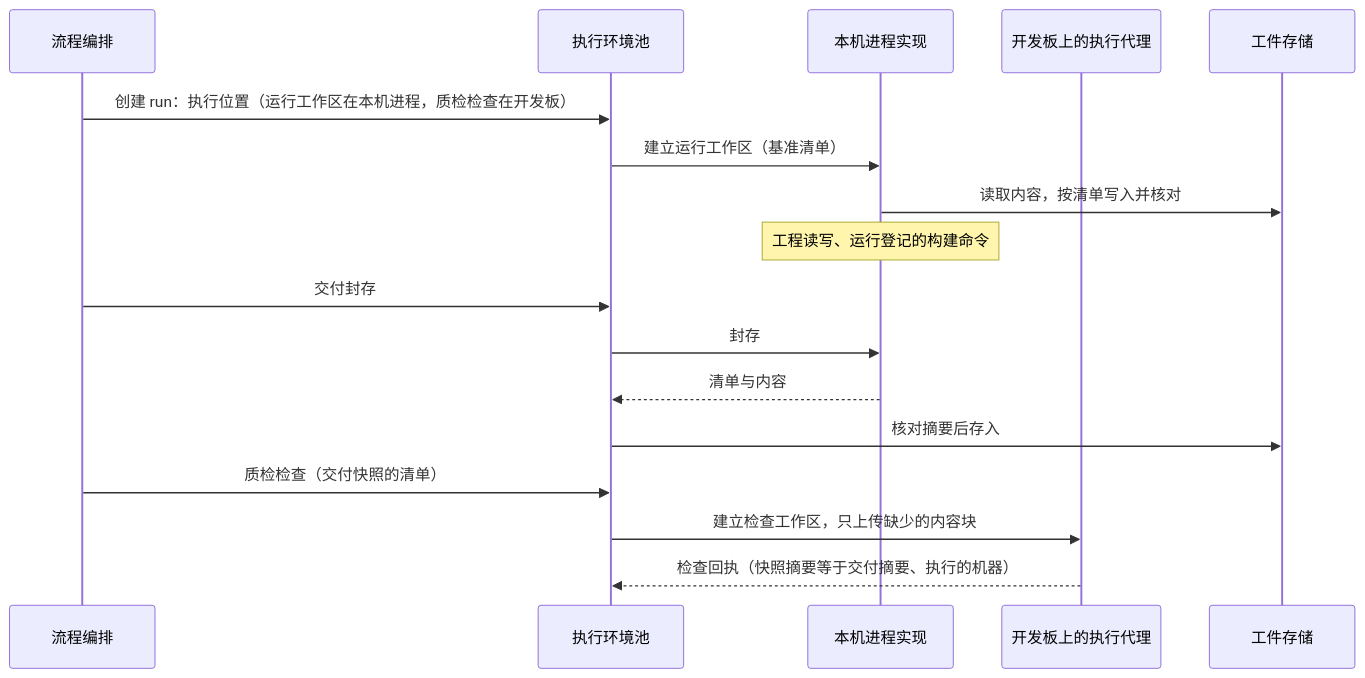
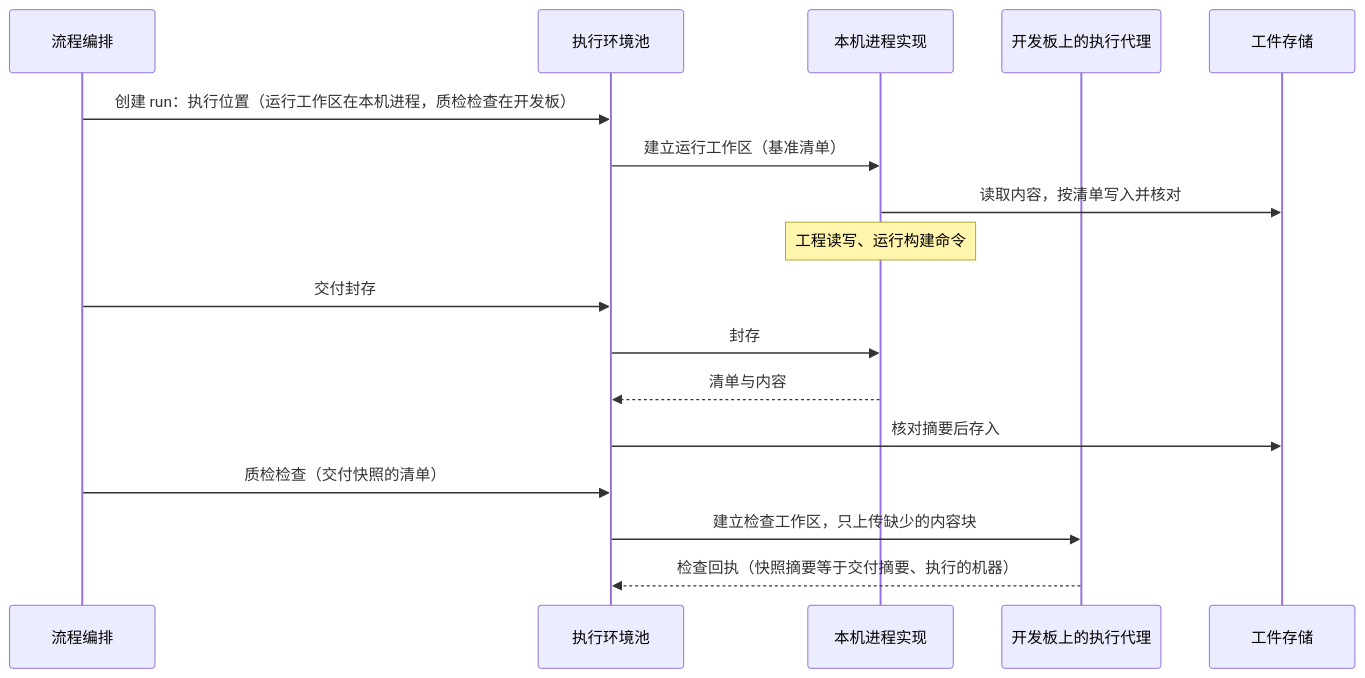
One commit to bender2333/yudao changed the fourth of 4 diagrams in docs/design/execution-environment.md. Above: the diagram before and after it, drawn with Mermaid. The commit also changed other lines of this file and 29 other files, not shown here.

````diff
--- a/docs/design/execution-environment.md
+++ b/docs/design/execution-environment.md
@@ -327,19 +330,19 @@
 ```mermaid
 sequenceDiagram
   participant O as 流程编排
   participant P as 执行环境池
   participant L as 本机进程实现
   participant R as 开发板上的执行代理
   participant Art as 工件存储
   O->>P: 创建 run：执行位置（运行工作区在本机进程，质检检查在开发板）
   P->>L: 建立运行工作区（基准清单）
   L->>Art: 读取内容，按清单写入并核对
-  Note over L: 工程读写、运行登记的构建命令
+  Note over L: 工程读写、运行构建命令
   O->>P: 交付封存
   P->>L: 封存
   L-->>P: 清单与内容
   P->>Art: 核对摘要后存入
   O->>P: 质检检查（交付快照的清单）
   P->>R: 建立检查工作区，只上传缺少的内容块
   R-->>P: 检查回执（快照摘要等于交付摘要、执行的机器）
 ```
````
